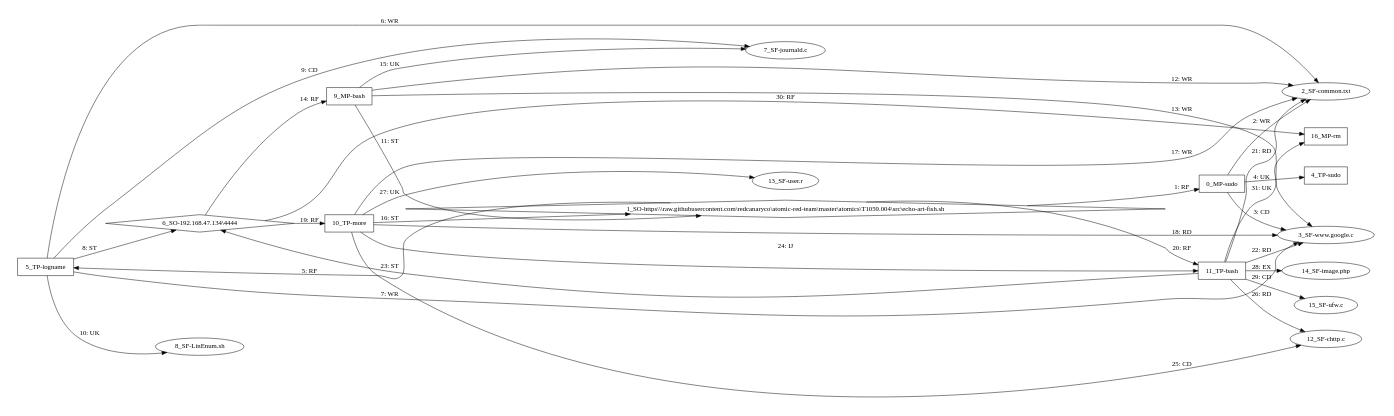
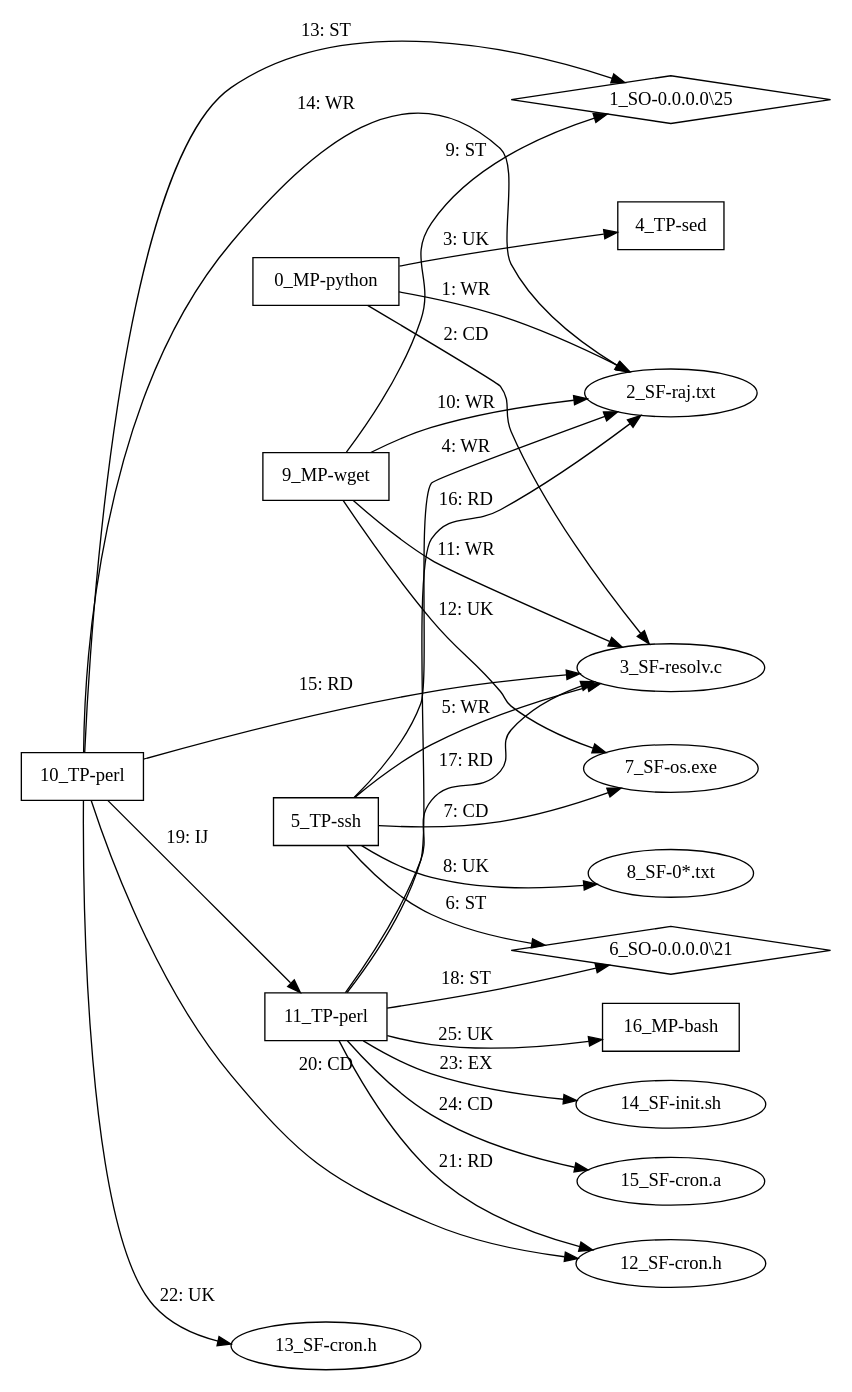
The diagram in TAGAPT_generated_samples/result-visualization/3.dot (davit0308/DACN), drawn with Graphviz before and after one commit. The commit also changed 22 other files, not shown here.

Commit message:
Add evaluation and scoring utilities for generated graph samples including RDKit-based molecular assessment and checkpoint model testing.

```diff
--- a/TAGAPT_generated_samples/result-visualization/3.dot
+++ b/TAGAPT_generated_samples/result-visualization/3.dot
@@ -1,50 +1,44 @@
 digraph "/kaggle/working/TAGAPT_Run/result-visualization/3.dot" {
-rankdir="LR"size="9"fixedsize="false"splines="true"nodesep=0.3ranksep=0fontsize=10overlap="scalexy"engine= "neato"	"0_MP-sudo" [shape=rectangle]
-	"1_SO-https\\\\\\raw.githubusercontent.com\\redcanaryco\\atomic-red-team\\master\\atomics\\T1059.004\\src\\echo-art-fish.sh" [shape=diamond]
-	"2_SF-common.txt" [shape=ellipse]
-	"3_SF-www.google.c" [shape=ellipse]
-	"4_TP-sudo" [shape=rectangle]
-	"5_TP-logname" [shape=rectangle]
-	"6_SO-192.168.47.134\\4444" [shape=diamond]
-	"7_SF-journald.c" [shape=ellipse]
-	"8_SF-LinEnum.sh" [shape=ellipse]
-	"9_MP-bash" [shape=rectangle]
-	"10_TP-more" [shape=rectangle]
-	"11_TP-bash" [shape=rectangle]
-	"12_SF-chttp.c" [shape=ellipse]
-	"13_SF-user.r" [shape=ellipse]
-	"14_SF-image.php" [shape=ellipse]
-	"15_SF-ufw.c" [shape=ellipse]
-	"16_MP-rm" [shape=rectangle]
-	"1_SO-https\\\\\\raw.githubusercontent.com\\redcanaryco\\atomic-red-team\\master\\atomics\\T1059.004\\src\\echo-art-fish.sh" -> "0_MP-sudo" [label="1: RF"]
-	"0_MP-sudo" -> "2_SF-common.txt" [label="2: WR"]
-	"0_MP-sudo" -> "3_SF-www.google.c" [label="3: CD"]
-	"0_MP-sudo" -> "4_TP-sudo" [label="4: UK"]
-	"1_SO-https\\\\\\raw.githubusercontent.com\\redcanaryco\\atomic-red-team\\master\\atomics\\T1059.004\\src\\echo-art-fish.sh" -> "5_TP-logname" [label="5: RF"]
-	"5_TP-logname" -> "2_SF-common.txt" [label="6: WR"]
-	"5_TP-logname" -> "3_SF-www.google.c" [label="7: WR"]
-	"5_TP-logname" -> "6_SO-192.168.47.134\\4444" [label="8: ST"]
-	"5_TP-logname" -> "7_SF-journald.c" [label="9: CD"]
-	"5_TP-logname" -> "8_SF-LinEnum.sh" [label="10: UK"]
-	"9_MP-bash" -> "1_SO-https\\\\\\raw.githubusercontent.com\\redcanaryco\\atomic-red-team\\master\\atomics\\T1059.004\\src\\echo-art-fish.sh" [label="11: ST"]
-	"9_MP-bash" -> "2_SF-common.txt" [label="12: WR"]
-	"9_MP-bash" -> "3_SF-www.google.c" [label="13: WR"]
-	"6_SO-192.168.47.134\\4444" -> "9_MP-bash" [label="14: RF"]
-	"9_MP-bash" -> "7_SF-journald.c" [label="15: UK"]
-	"10_TP-more" -> "1_SO-https\\\\\\raw.githubusercontent.com\\redcanaryco\\atomic-red-team\\master\\atomics\\T1059.004\\src\\echo-art-fish.sh" [label="16: ST"]
-	"10_TP-more" -> "2_SF-common.txt" [label="17: WR"]
-	"10_TP-more" -> "3_SF-www.google.c" [label="18: RD"]
-	"6_SO-192.168.47.134\\4444" -> "10_TP-more" [label="19: RF"]
-	"1_SO-https\\\\\\raw.githubusercontent.com\\redcanaryco\\atomic-red-team\\master\\atomics\\T1059.004\\src\\echo-art-fish.sh" -> "11_TP-bash" [label="20: RF"]
-	"11_TP-bash" -> "2_SF-common.txt" [label="21: RD"]
-	"11_TP-bash" -> "3_SF-www.google.c" [label="22: RD"]
-	"11_TP-bash" -> "6_SO-192.168.47.134\\4444" [label="23: ST"]
-	"10_TP-more" -> "11_TP-bash" [label="24: IJ"]
-	"10_TP-more" -> "12_SF-chttp.c" [label="25: CD"]
-	"11_TP-bash" -> "12_SF-chttp.c" [label="26: RD"]
-	"10_TP-more" -> "13_SF-user.r" [label="27: UK"]
-	"11_TP-bash" -> "14_SF-image.php" [label="28: EX"]
-	"11_TP-bash" -> "15_SF-ufw.c" [label="29: CD"]
-	"6_SO-192.168.47.134\\4444" -> "16_MP-rm" [label="30: RF"]
-	"11_TP-bash" -> "16_MP-rm" [label="31: UK"]
+rankdir="LR"size="9"fixedsize="false"splines="true"nodesep=0.3ranksep=0fontsize=10overlap="scalexy"engine= "neato"	"0_MP-python" [shape=rectangle]
+	"1_SO-0.0.0.0\\25" [shape=diamond]
+	"2_SF-raj.txt" [shape=ellipse]
+	"3_SF-resolv.c" [shape=ellipse]
+	"4_TP-sed" [shape=rectangle]
+	"5_TP-ssh" [shape=rectangle]
+	"6_SO-0.0.0.0\\21" [shape=diamond]
+	"7_SF-os.exe" [shape=ellipse]
+	"8_SF-0*.txt" [shape=ellipse]
+	"9_MP-wget" [shape=rectangle]
+	"10_TP-perl" [shape=rectangle]
+	"11_TP-perl" [shape=rectangle]
+	"12_SF-cron.h" [shape=ellipse]
+	"13_SF-cron.h" [shape=ellipse]
+	"14_SF-init.sh" [shape=ellipse]
+	"15_SF-cron.a" [shape=ellipse]
+	"16_MP-bash" [shape=rectangle]
+	"0_MP-python" -> "2_SF-raj.txt" [label="1: WR"]
+	"0_MP-python" -> "3_SF-resolv.c" [label="2: CD"]
+	"0_MP-python" -> "4_TP-sed" [label="3: UK"]
+	"5_TP-ssh" -> "2_SF-raj.txt" [label="4: WR"]
+	"5_TP-ssh" -> "3_SF-resolv.c" [label="5: WR"]
+	"5_TP-ssh" -> "6_SO-0.0.0.0\\21" [label="6: ST"]
+	"5_TP-ssh" -> "7_SF-os.exe" [label="7: CD"]
+	"5_TP-ssh" -> "8_SF-0*.txt" [label="8: UK"]
+	"9_MP-wget" -> "1_SO-0.0.0.0\\25" [label="9: ST"]
+	"9_MP-wget" -> "2_SF-raj.txt" [label="10: WR"]
+	"9_MP-wget" -> "3_SF-resolv.c" [label="11: WR"]
+	"9_MP-wget" -> "7_SF-os.exe" [label="12: UK"]
+	"10_TP-perl" -> "1_SO-0.0.0.0\\25" [label="13: ST"]
+	"10_TP-perl" -> "2_SF-raj.txt" [label="14: WR"]
+	"10_TP-perl" -> "3_SF-resolv.c" [label="15: RD"]
+	"11_TP-perl" -> "2_SF-raj.txt" [label="16: RD"]
+	"11_TP-perl" -> "3_SF-resolv.c" [label="17: RD"]
+	"11_TP-perl" -> "6_SO-0.0.0.0\\21" [label="18: ST"]
+	"10_TP-perl" -> "11_TP-perl" [label="19: IJ"]
+	"10_TP-perl" -> "12_SF-cron.h" [label="20: CD"]
+	"11_TP-perl" -> "12_SF-cron.h" [label="21: RD"]
+	"10_TP-perl" -> "13_SF-cron.h" [label="22: UK"]
+	"11_TP-perl" -> "14_SF-init.sh" [label="23: EX"]
+	"11_TP-perl" -> "15_SF-cron.a" [label="24: CD"]
+	"11_TP-perl" -> "16_MP-bash" [label="25: UK"]
 }
```
